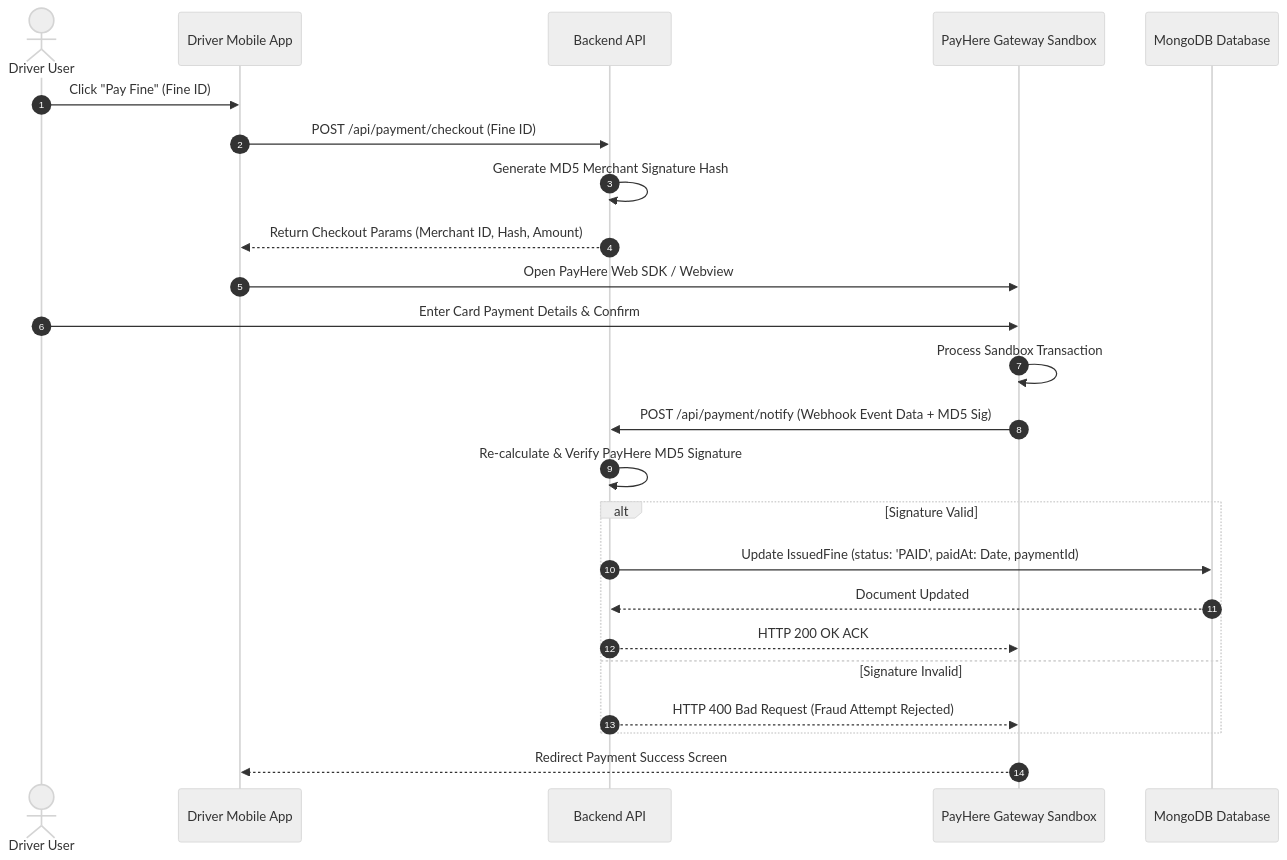
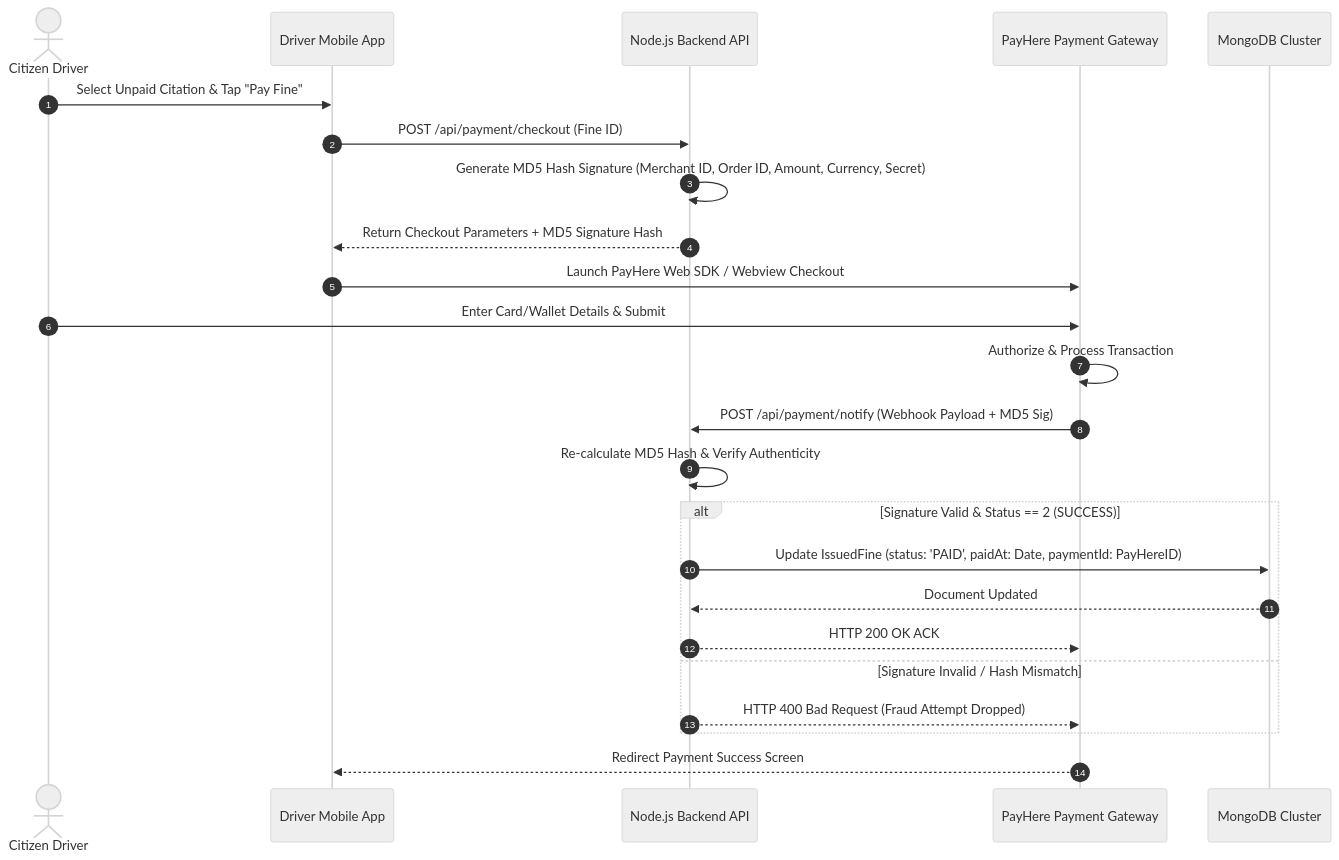
The sixth of 15 diagrams in README.md (e-fine-sl/e-fine-sl-traffic-management), drawn with Mermaid (neutral theme) before and after one commit. The commit also changed other lines of this file, not shown here.

Commit message:
docs(architecture): update system design diagrams, use case specifications, class diagrams, sequence flows, activity flows, wireframes, and database ERD schemas to match live implementation

````diff
--- a/README.md
+++ b/README.md
@@ -469,30 +491,30 @@
 ```mermaid
 sequenceDiagram
     autonumber
-    actor Driver as Driver User
+    actor Driver as Citizen Driver
     participant App as Driver Mobile App
-    participant API as Backend API
-    participant PayHere as PayHere Gateway Sandbox
-    participant DB as MongoDB Database
+    participant API as Node.js Backend API
+    participant PayHere as PayHere Payment Gateway
+    participant DB as MongoDB Cluster
 
-    Driver->>App: Click "Pay Fine" (Fine ID)
+    Driver->>App: Select Unpaid Citation & Tap "Pay Fine"
     App->>API: POST /api/payment/checkout (Fine ID)
-    API->>API: Generate MD5 Merchant Signature Hash
-    API-->>App: Return Checkout Params (Merchant ID, Hash, Amount)
+    API->>API: Generate MD5 Hash Signature (Merchant ID, Order ID, Amount, Currency, Secret)
+    API-->>App: Return Checkout Parameters + MD5 Signature Hash
 
-    App->>PayHere: Open PayHere Web SDK / Webview
-    Driver->>PayHere: Enter Card Payment Details & Confirm
-    PayHere->>PayHere: Process Sandbox Transaction
+    App->>PayHere: Launch PayHere Web SDK / Webview Checkout
+    Driver->>PayHere: Enter Card/Wallet Details & Submit
+    PayHere->>PayHere: Authorize & Process Transaction
 
-    PayHere->>API: POST /api/payment/notify (Webhook Event Data + MD5 Sig)
-    API->>API: Re-calculate & Verify PayHere MD5 Signature
-    alt Signature Valid
-        API->>DB: Update IssuedFine (status: 'PAID', paidAt: Date, paymentId)
+    PayHere->>API: POST /api/payment/notify (Webhook Payload + MD5 Sig)
+    API->>API: Re-calculate MD5 Hash & Verify Authenticity
+    alt Signature Valid & Status == 2 (SUCCESS)
+        API->>DB: Update IssuedFine (status: 'PAID', paidAt: Date, paymentId: PayHereID)
         DB-->>API: Document Updated
         API-->>PayHere: HTTP 200 OK ACK
-    else Signature Invalid
-        API-->>PayHere: HTTP 400 Bad Request (Fraud Attempt Rejected)
+    else Signature Invalid / Hash Mismatch
+        API-->>PayHere: HTTP 400 Bad Request (Fraud Attempt Dropped)
     end
 
     PayHere-->>App: Redirect Payment Success Screen
 ```
````
